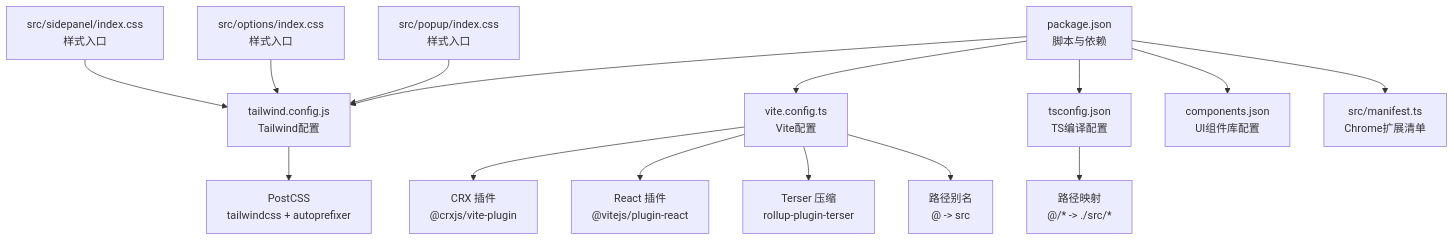
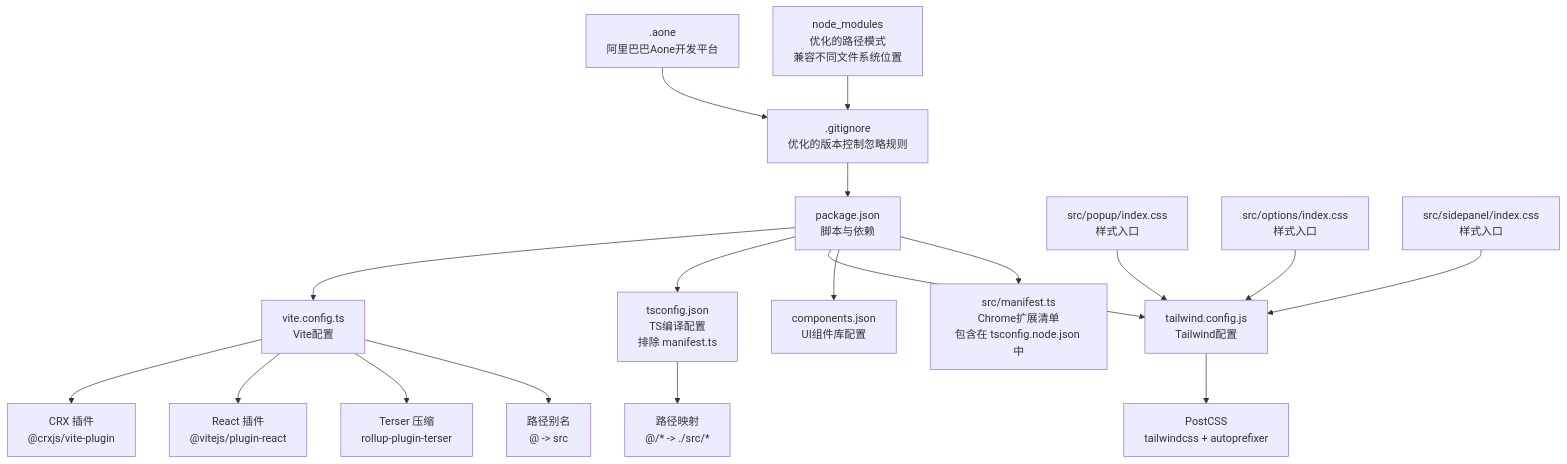
One commit to RadiumAg/bilibili-favorites changed the first of 7 diagrams in .qoder/repowiki/zh/content/开发指南/构建配置详解.md. Above: the diagram before and after it, drawn with Mermaid. The commit also changed other lines of this file and 27 other files, not shown here.

````diff
--- a/.qoder/repowiki/zh/content/开发指南/构建配置详解.md
+++ b/.qoder/repowiki/zh/content/开发指南/构建配置详解.md
@@ -49,17 +58,20 @@
 ```mermaid
 graph TB
 A["package.json<br/>脚本与依赖"] --> B["vite.config.ts<br/>Vite配置"]
 B --> C["CRX 插件<br/>@crxjs/vite-plugin"]
 B --> D["React 插件<br/>@vitejs/plugin-react"]
 B --> E["Terser 压缩<br/>rollup-plugin-terser"]
 B --> F["路径别名<br/>@ -> src"]
-A --> G["tsconfig.json<br/>TS编译配置"]
+A --> G["tsconfig.json<br/>TS编译配置<br/>排除 manifest.ts"]
 G --> H["路径映射<br/>@/* -> ./src/*"]
 A --> I["tailwind.config.js<br/>Tailwind配置"]
 I --> J["PostCSS<br/>tailwindcss + autoprefixer"]
 A --> K["components.json<br/>UI组件库配置"]
-A --> L["src/manifest.ts<br/>Chrome扩展清单"]
+A --> L["src/manifest.ts<br/>Chrome扩展清单<br/>包含在 tsconfig.node.json 中"]
 M["src/popup/index.css<br/>样式入口"] --> I
 N["src/options/index.css<br/>样式入口"] --> I
 O["src/sidepanel/index.css<br/>样式入口"] --> I
+P[".gitignore<br/>优化的版本控制忽略规则"] --> A
+Q[".aone<br/>阿里巴巴Aone开发平台"] --> P
+R["node_modules<br/>优化的路径模式<br/>兼容不同文件系统位置"] --> P
 ```
````
